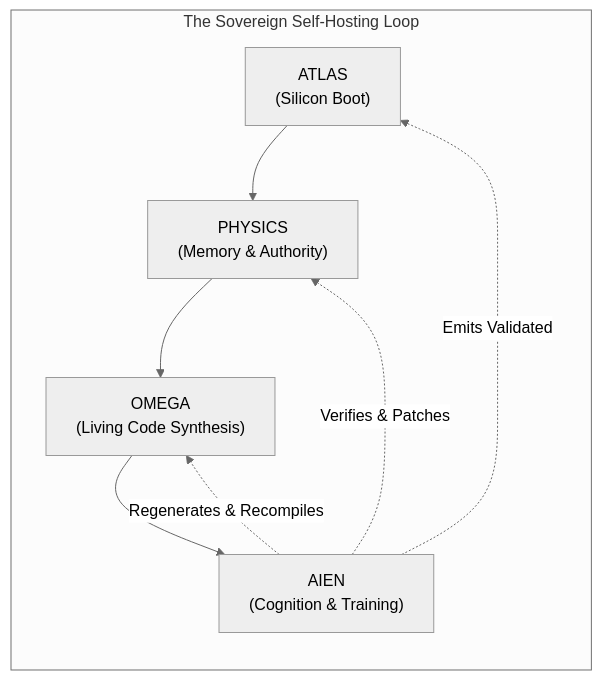
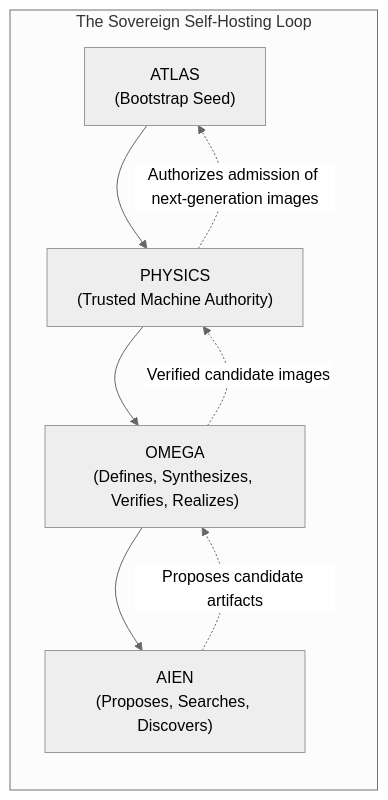
One commit to aien-dev/aien-architecture changed the diagram in doctrine/SOVEREIGNTY.md. Above: the diagram before and after it, drawn with Mermaid (neutral theme). The commit also changed other lines of this file, not shown here.

First line of the commit message:
doctrine(sovereignty): rewrite SOVEREIGNTY.md to match evidence, Physics Zero, and M0-M40 (#9)

````diff
--- a/doctrine/SOVEREIGNTY.md
+++ b/doctrine/SOVEREIGNTY.md
@@ -112,11 +167,11 @@
 ```mermaid
 flowchart LR
     subgraph SELF_HOSTING_LOOP [The Sovereign Self-Hosting Loop]
-        ATLAS["ATLAS<br/>(Silicon Boot)"] --> PHYSICS["PHYSICS<br/>(Memory & Authority)"]
-        PHYSICS --> OMEGA["OMEGA<br/>(Living Code Synthesis)"]
-        OMEGA --> AIEN["AIEN<br/>(Cognition & Training)"]
-        AIEN -.->|"Regenerates & Recompiles"| OMEGA
-        AIEN -.->|"Verifies & Patches"| PHYSICS
-        AIEN -.->|"Emits Validated"| ATLAS
+        ATLAS["ATLAS<br/>(Bootstrap Seed)"] --> PHYSICS["PHYSICS<br/>(Trusted Machine Authority)"]
+        PHYSICS --> OMEGA["OMEGA<br/>(Defines, Synthesizes, Verifies, Realizes)"]
+        OMEGA --> AIEN["AIEN<br/>(Proposes, Searches, Discovers)"]
+        AIEN -.->|"Proposes candidate artifacts"| OMEGA
+        OMEGA -.->|"Verified candidate images"| PHYSICS
+        PHYSICS -.->|"Authorizes admission of next-generation images"| ATLAS
     end
 ```
````
